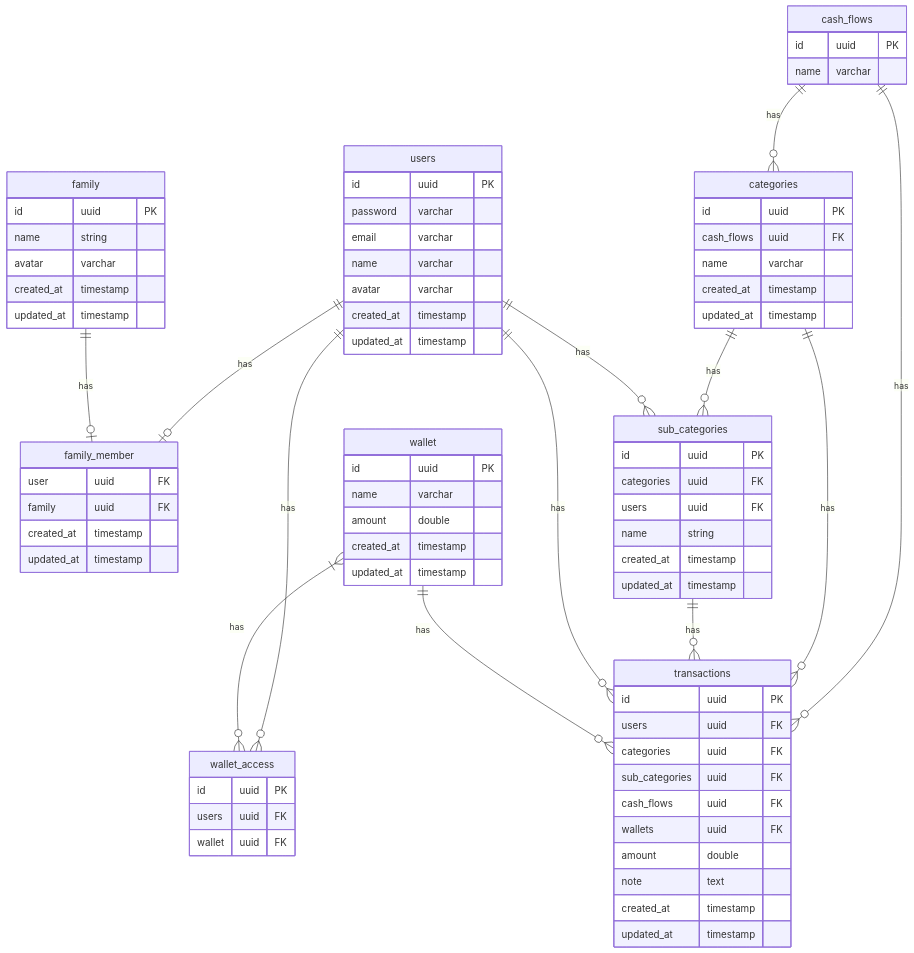
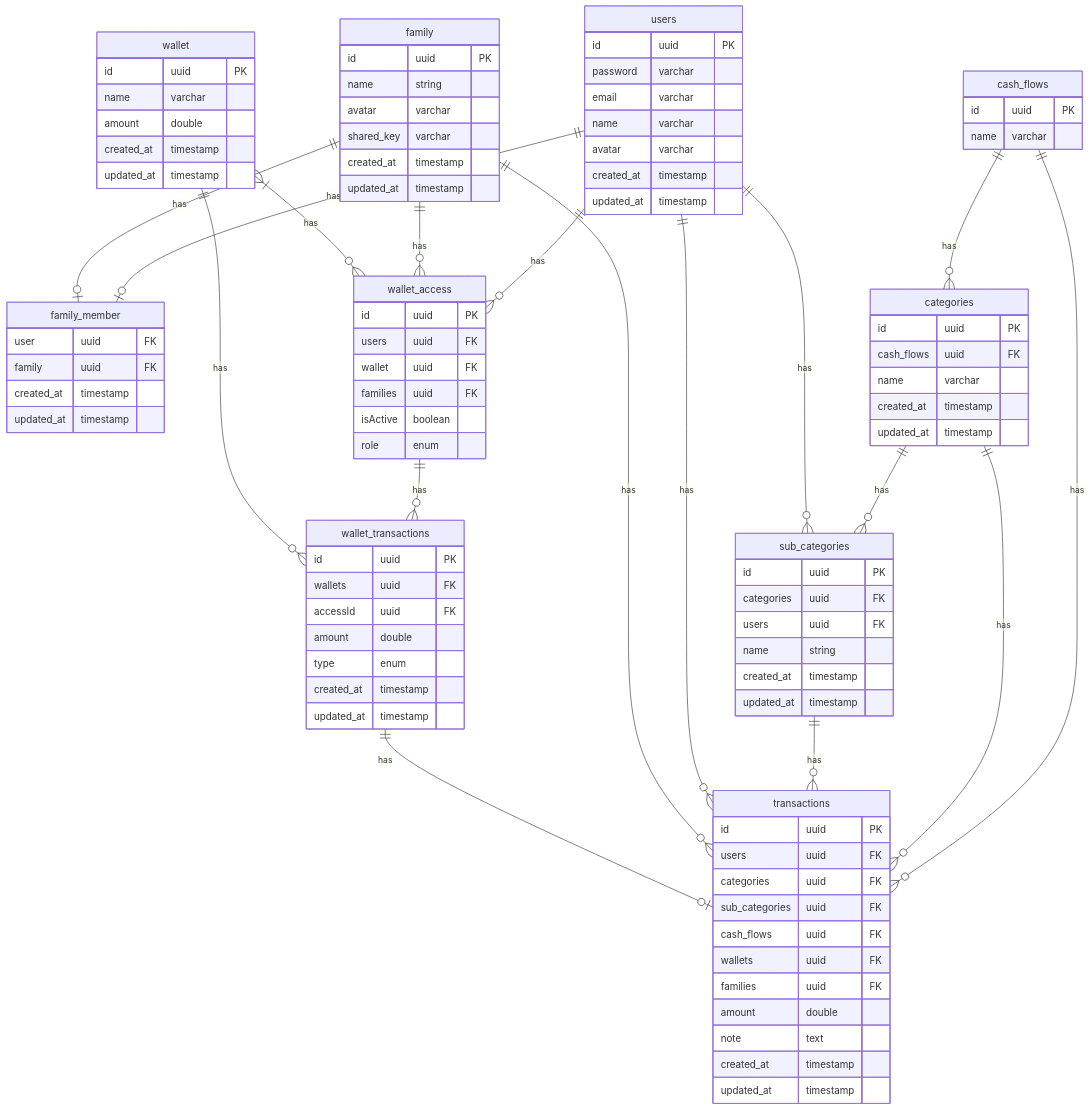
One commit to uangkuid/Uangku-BE changed the diagram in docs/erd.md. Above: the diagram before and after it, drawn with Mermaid. The commit also changed other lines of this file and 9 other files, not shown here.

````diff
--- a/docs/erd.md
+++ b/docs/erd.md
@@ -20,6 +20,7 @@
         id uuid PK
         name string
         avatar varchar
+        shared_key varchar
         created_at timestamp
         updated_at timestamp
     }
@@ -55,6 +56,7 @@
         sub_categories uuid FK
         cash_flows uuid FK
         wallets uuid FK
+        families uuid FK
         amount double
         note text
         created_at timestamp
@@ -73,6 +75,19 @@
         id uuid PK
         users uuid FK
         wallet uuid FK
+        families uuid FK
+        isActive boolean
+        role enum
+    }
+    
+    wallet_transactions {
+        id uuid PK
+        wallets uuid FK
+        accessId uuid FK
+        amount double
+        type enum
+        created_at timestamp
+        updated_at timestamp
     }
     
     cash_flows ||--o{ categories : has
@@ -89,7 +104,11 @@
     users ||--o{ sub_categories : has
     
     family ||--o| family_member : has
+    family ||--o{ transactions : has
+    family ||--o{ wallet_access : has
 
     wallet }|--o{ wallet_access : has
-    wallet ||--o{ transactions : has
+    wallet_access ||--o{ wallet_transactions : has
+    wallet_transactions ||--o| transactions : has
+    wallet ||--o{ wallet_transactions : has
 ```
````
